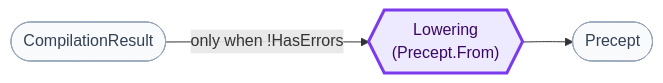
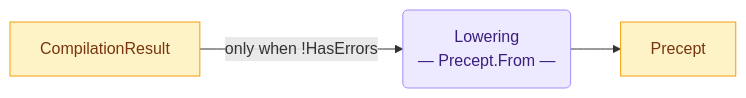
Before and after one commit to sfalik/Precept: the eighth of 9 diagrams in docs/compiler-and-runtime-design.md, drawn with Mermaid. The commit also changed other lines of this file, not shown here.

Commit message:
docs: align §4–§11 diagram shapes and colors with §3 overview

````diff
--- a/docs/compiler-and-runtime-design.md
+++ b/docs/compiler-and-runtime-design.md
@@ -510,12 +516,12 @@
 ```mermaid
 flowchart LR
-    classDef data fill:#f8fafc,stroke:#94a3b8,color:#334155
-    classDef stage fill:#ede9fe,stroke:#7c3aed,stroke-width:3px,color:#3b0764
+    classDef stage fill:#ede9fe,stroke:#a78bfa,color:#3b1f7e
+    classDef artifact fill:#fef3c7,stroke:#f59e0b,color:#78350f
 
-    CR(["CompilationResult"]):::data
-    LOW{{"Lowering\n(Precept.From)"}}:::stage
-    OUT(["Precept"]):::data
+    CR[CompilationResult]:::artifact
+    LOW(Lowering\n— Precept.From —):::stage
+    OUT[Precept]:::artifact
 
     CR -->|"only when !HasErrors"| LOW
     LOW --> OUT
 ```
````
